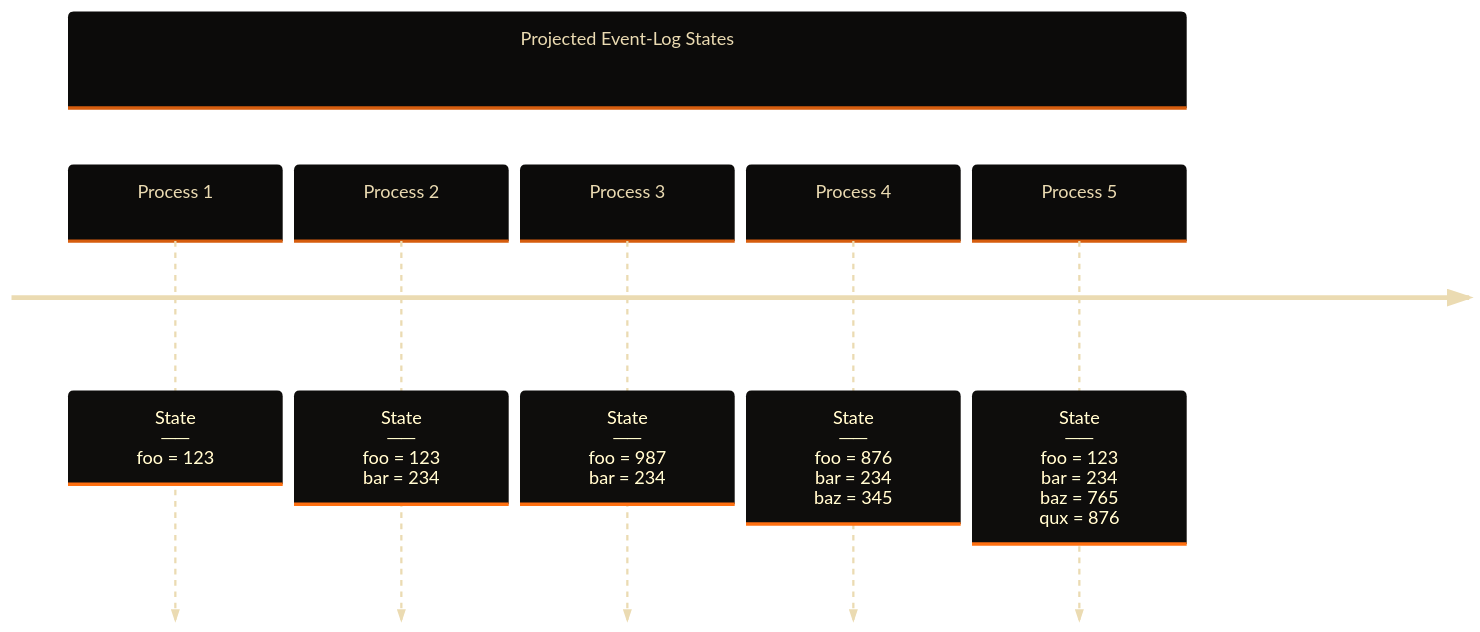
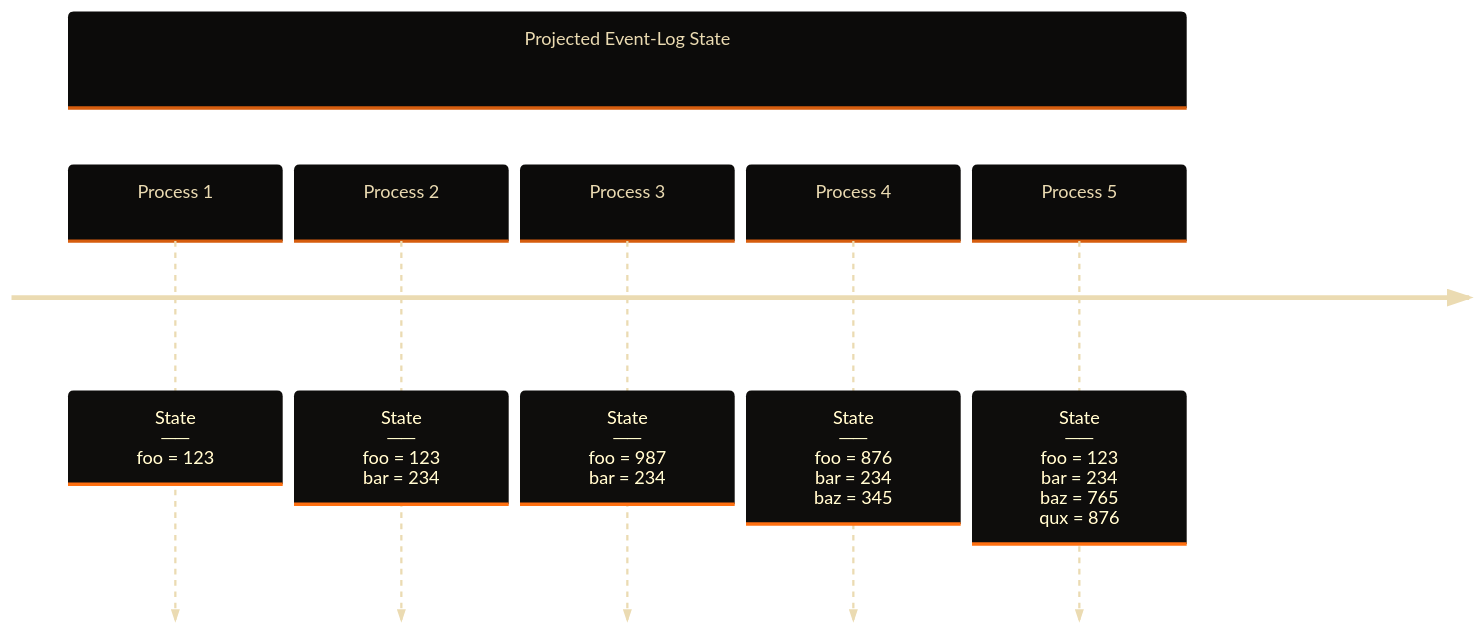
One commit to superhero/handbook changed the third of 8 diagrams in 2.core-architecture-principles.md. Above: the diagram before and after it, drawn with Mermaid. The commit also changed other lines of this file and 8 other files, not shown here.

````diff
--- a/2.core-architecture-principles.md
+++ b/2.core-architecture-principles.md
@@ -621,22 +368,23 @@
 ```mermaid
 ---
 
 config:
     layout: elk
+    look: classic
     theme: base
     themeVariables:
         fontFamily: "monospace"
         primaryColor: "#504945"
         primaryTextColor: "#EBDBB2"
         cScaleInv0: '#D65D0E'
 
 ---
 
 timeline
-    section Projected Event-Log States
+    section Projected Event-Log State
         Process 1 : State<br>──<br>foo = 123 
         Process 2 : State<br>──<br>foo = 123<br>bar = 234 
         Process 3 : State<br>──<br>foo = 987<br>bar = 234
         Process 4 : State<br>──<br>foo = 876<br>bar = 234<br>baz = 345
         Process 5 : State<br>──<br>foo = 123<br>bar = 234<br>baz = 765<br>qux = 876
 ``` 
````
